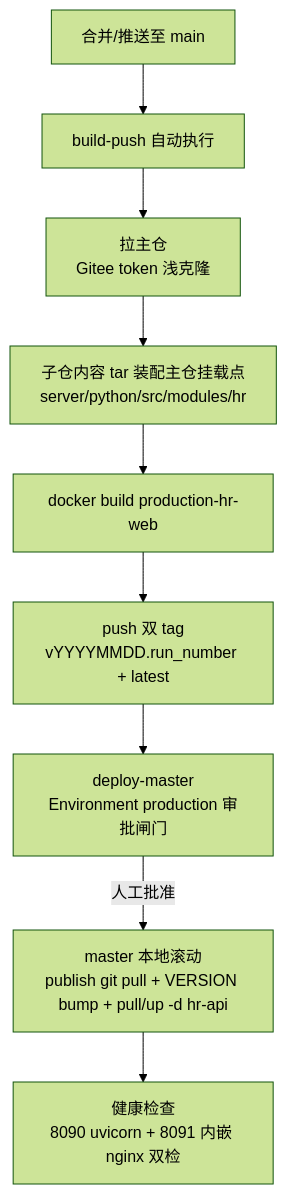
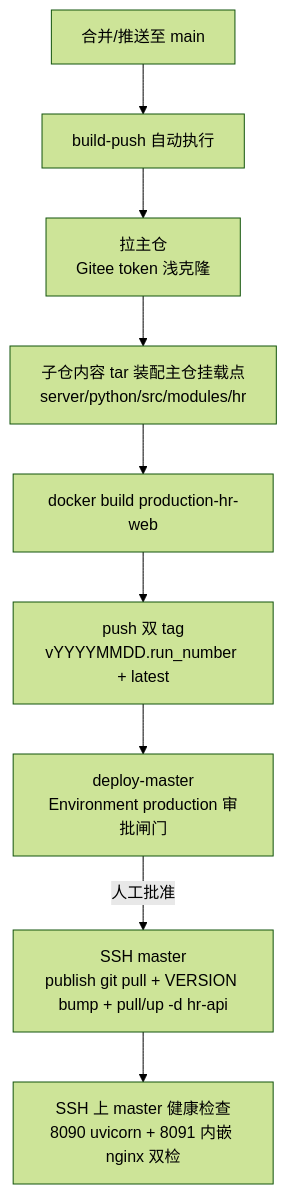
The diagram in README.md (KentTain/kcloudy.hr), drawn with Mermaid (forest theme) before and after one commit. The commit also changed other lines of this file and 1 other file, not shown here.

First line of the commit message:
ci(发布): 流水线切换 GitHub 托管 runner——deploy SSH 化 + self-hosted 降为备选

````diff
--- a/README.md
+++ b/README.md
@@ -85,11 +85,11 @@
 ```mermaid
 flowchart TD
     A[合并/推送至 main] --> B[build-push 自动执行]
     B --> B1[拉主仓<br/>Gitee token 浅克隆]
     B1 --> B2[子仓内容 tar 装配主仓挂载点<br/>server/python/src/modules/hr]
     B2 --> B3[docker build production-hr-web]
     B3 --> B4[push 双 tag<br/>vYYYYMMDD.run_number + latest]
     B4 --> C[deploy-master<br/>Environment production 审批闸门]
-    C -->|人工批准| D[master 本地滚动<br/>publish git pull + VERSION bump + pull/up -d hr-api]
-    D --> E[健康检查<br/>8090 uvicorn + 8091 内嵌 nginx 双检]
+    C -->|人工批准| D[SSH master<br/>publish git pull + VERSION bump + pull/up -d hr-api]
+    D --> E[SSH 上 master 健康检查<br/>8090 uvicorn + 8091 内嵌 nginx 双检]
 ```
````
